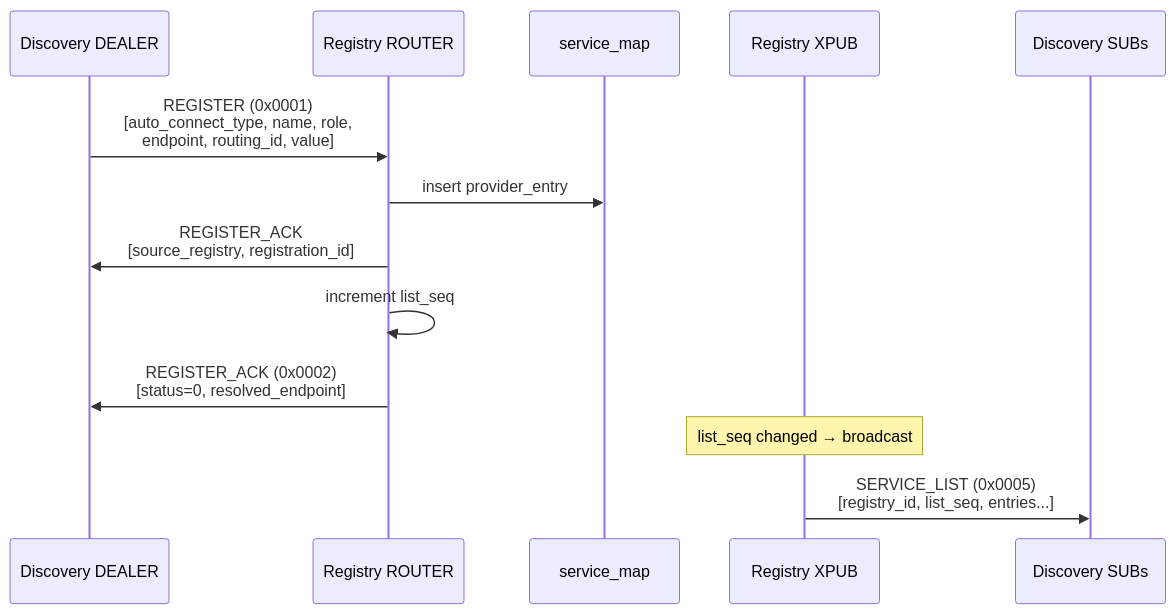
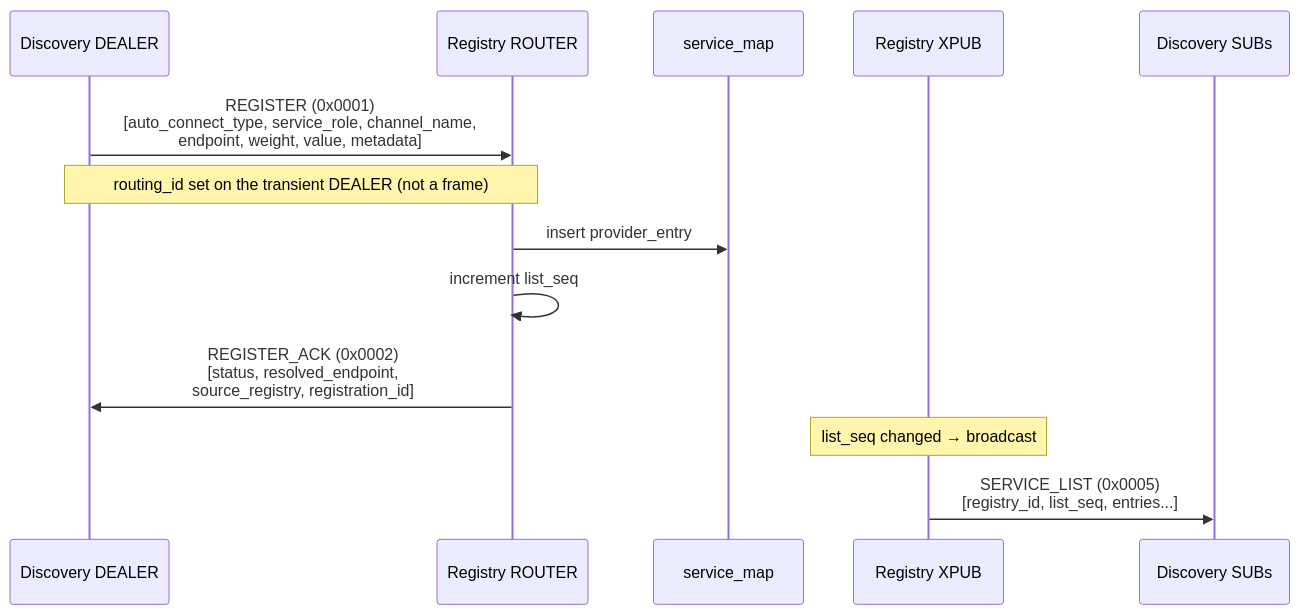
The second of 9 diagrams in core/doc/internals/registry-internals.md (kairos-code-dev/zlink), drawn with Mermaid before and after one commit. The commit also changed other lines of this file, not shown here.

First line of the commit message:
docs(core): registry-internals.md EN 동기화 — 데이터 구조/프레임/control task/BOOTSTRAP

````diff
--- a/core/doc/internals/registry-internals.md
+++ b/core/doc/internals/registry-internals.md
@@ -108,16 +109,16 @@
 ```mermaid
 sequenceDiagram
     participant Disc as Discovery DEALER
     participant Router as Registry ROUTER
     participant Store as service_map
     participant Pub as Registry XPUB
     participant Subs as Discovery SUBs
 
-    Disc->>Router: REGISTER (0x0001)<br/>[auto_connect_type, name, role,<br/>endpoint, routing_id, value]
+    Disc->>Router: REGISTER (0x0001)<br/>[auto_connect_type, service_role, channel_name,<br/>endpoint, weight, value, metadata]
+    Note over Disc,Router: routing_id set on the transient DEALER (not a frame)
     Router->>Store: insert provider_entry
-    Router->>Disc: REGISTER_ACK<br/>[source_registry, registration_id]
     Router->>Router: increment list_seq
-    Router->>Disc: REGISTER_ACK (0x0002)<br/>[status=0, resolved_endpoint]
+    Router->>Disc: REGISTER_ACK (0x0002)<br/>[status, resolved_endpoint,<br/>source_registry, registration_id]
     Note over Pub: list_seq changed → broadcast
     Pub->>Subs: SERVICE_LIST (0x0005)<br/>[registry_id, list_seq, entries...]
 ```
````
